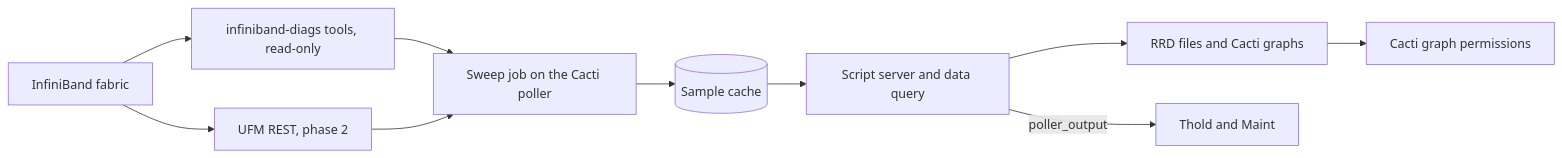
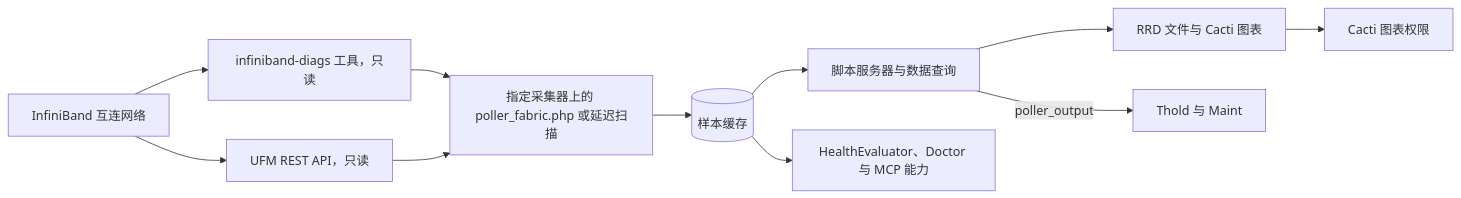
Before and after one commit to somethingwithproof/plugin_fabric: the diagram in docs/i18n/zh-CN/README.md, drawn with Mermaid. The commit also changed other lines of this file and 48 other files, not shown here.

````diff
--- a/docs/i18n/zh-CN/README.md
+++ b/docs/i18n/zh-CN/README.md
@@ -98,12 +132,13 @@
 ```mermaid
 flowchart LR
-    F[InfiniBand fabric] --> T[infiniband-diags tools, read-only]
-    F --> U[UFM REST, phase 2]
-    T --> S[Sweep job on the Cacti poller]
+    F["InfiniBand 互连网络"] --> T["infiniband-diags 工具，只读"]
+    F --> U["UFM REST API，只读"]
+    T --> S["指定采集器上的 poller_fabric.php 或延迟扫描"]
     U --> S
-    S --> C[(Sample cache)]
-    C --> SS[Script server and data query]
-    SS --> R[RRD files and Cacti graphs]
-    SS -->|poller_output| TH[Thold and Maint]
-    R --> P[Cacti graph permissions]
+    S --> C[("样本缓存")]
+    C --> SS["脚本服务器与数据查询"]
+    SS --> R["RRD 文件与 Cacti 图表"]
+    SS -->|poller_output| TH["Thold 与 Maint"]
+    C --> H["HealthEvaluator、Doctor 与 MCP 能力"]
+    R --> P["Cacti 图表权限"]
 ```
````
